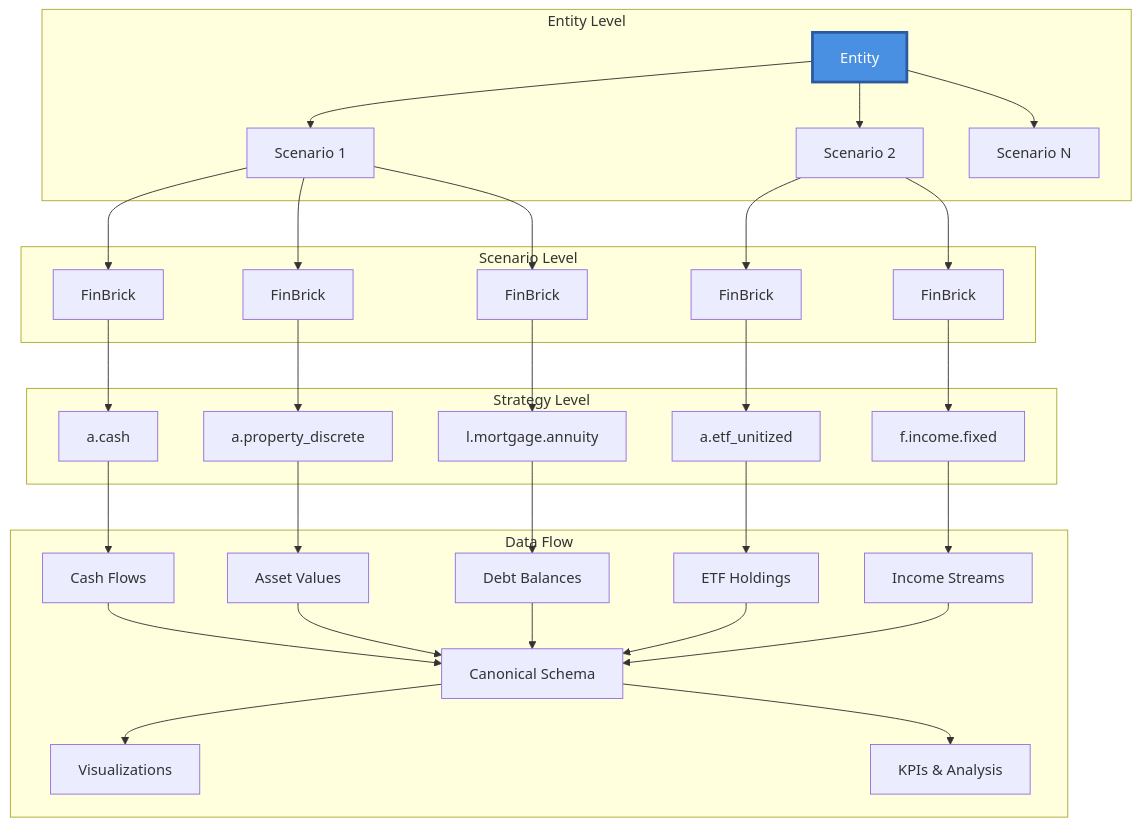
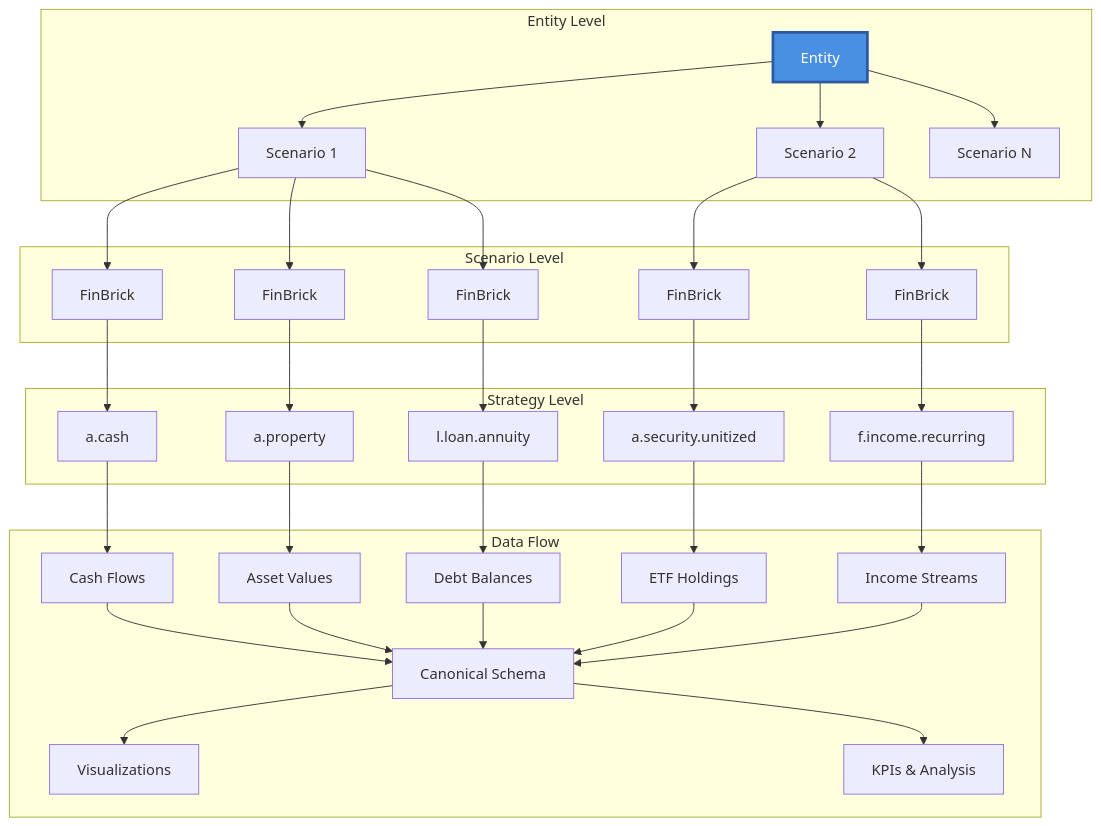
The first of 3 diagrams in README.md (didac-crst/finbricklab), drawn with Mermaid before and after one commit. The commit also changed other lines of this file and 91 other files, not shown here.

````diff
--- a/README.md
+++ b/README.md
@@ -76,47 +78,47 @@
 ```mermaid
 flowchart TD
   subgraph "Entity Level"
     E[Entity]:::entity
     E --> S1[Scenario 1]
     E --> S2[Scenario 2]
     E --> S3[Scenario N]
   end
 
   subgraph "Scenario Level"
     S1 --> B1[FinBrick]
     S1 --> B2[FinBrick]
     S1 --> B3[FinBrick]
     S2 --> B4[FinBrick]
     S2 --> B5[FinBrick]
   end
 
   subgraph "Strategy Level"
     B1 --> ST1[a.cash]
-    B2 --> ST2[a.property_discrete]
-    B3 --> ST3[l.mortgage.annuity]
-    B4 --> ST4[a.etf_unitized]
-    B5 --> ST5[f.income.fixed]
+    B2 --> ST2[a.property]
+    B3 --> ST3[l.loan.annuity]
+    B4 --> ST4[a.security.unitized]
+    B5 --> ST5[f.income.recurring]
   end
 
   subgraph "Data Flow"
     ST1 --> D1[Cash Flows]
     ST2 --> D2[Asset Values]
     ST3 --> D3[Debt Balances]
     ST4 --> D4[ETF Holdings]
     ST5 --> D5[Income Streams]
 
     D1 --> DF[Canonical Schema]
     D2 --> DF
     D3 --> DF
     D4 --> DF
     D5 --> DF
 
     DF --> V[Visualizations]
     DF --> K[KPIs & Analysis]
   end
 
   classDef entity fill:#4a90e2,stroke:#2c5aa0,stroke-width:3px,color:#fff;
   classDef scenario fill:#7ed321,stroke:#5ba517,stroke-width:2px,color:#fff;
   classDef strategy fill:#f5a623,stroke:#d68910,stroke-width:2px,color:#fff;
   classDef data fill:#bd10e0,stroke:#9013fe,stroke-width:2px,color:#fff;
 ```
````
